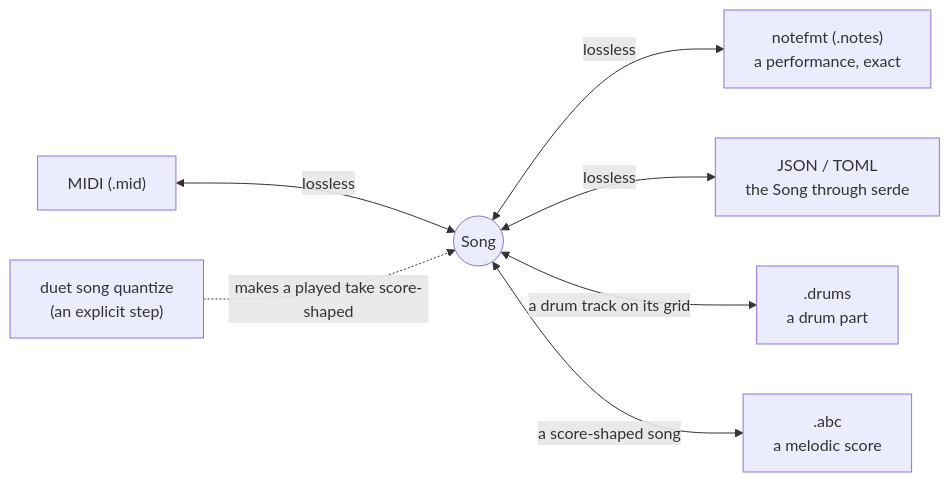
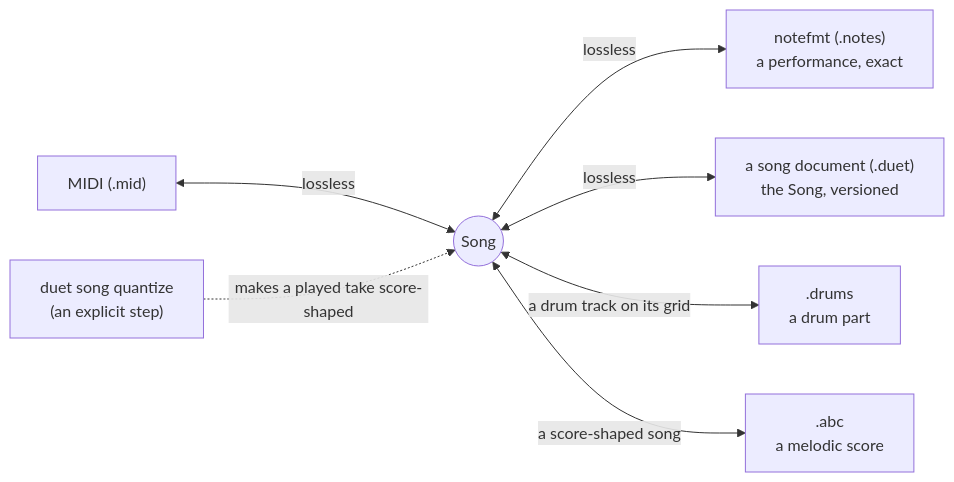
One commit to tasker-systems/duet changed the diagram in README.md. Above: the diagram before and after it, drawn with Mermaid. The commit also changed other lines of this file and 20 other files, not shown here.

````diff
--- a/README.md
+++ b/README.md
@@ -35,9 +35,9 @@
 ```mermaid
 flowchart LR
     MIDI["MIDI (.mid)"] <-->|lossless| Song(("Song"))
     Song <-->|lossless| TXT["notefmt (.notes)<br/>a performance, exact"]
-    Song <-->|lossless| JT["JSON / TOML<br/>the Song through serde"]
+    Song <-->|lossless| DOC["a song document (.duet)<br/>the Song, versioned"]
     Song <-->|"a drum track on its grid"| DRUMS[".drums<br/>a drum part"]
     Song <-->|"a score-shaped song"| ABC[".abc<br/>a melodic score"]
     Q["duet song quantize<br/>(an explicit step)"] -.->|"makes a played take score-shaped"| Song
 ```
````
